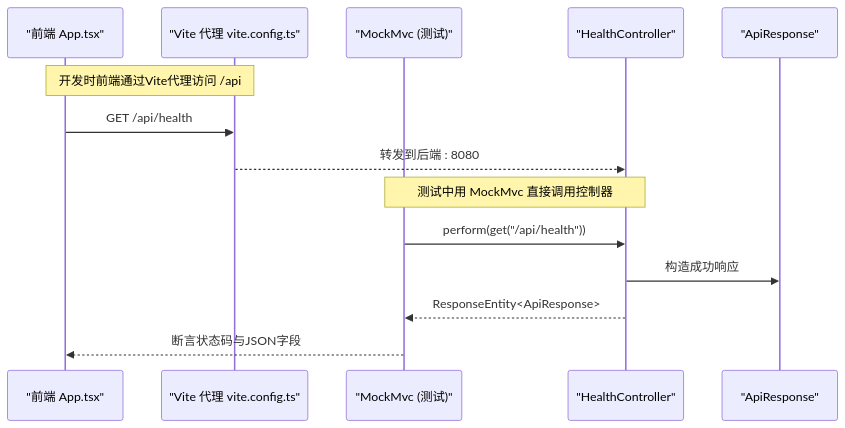
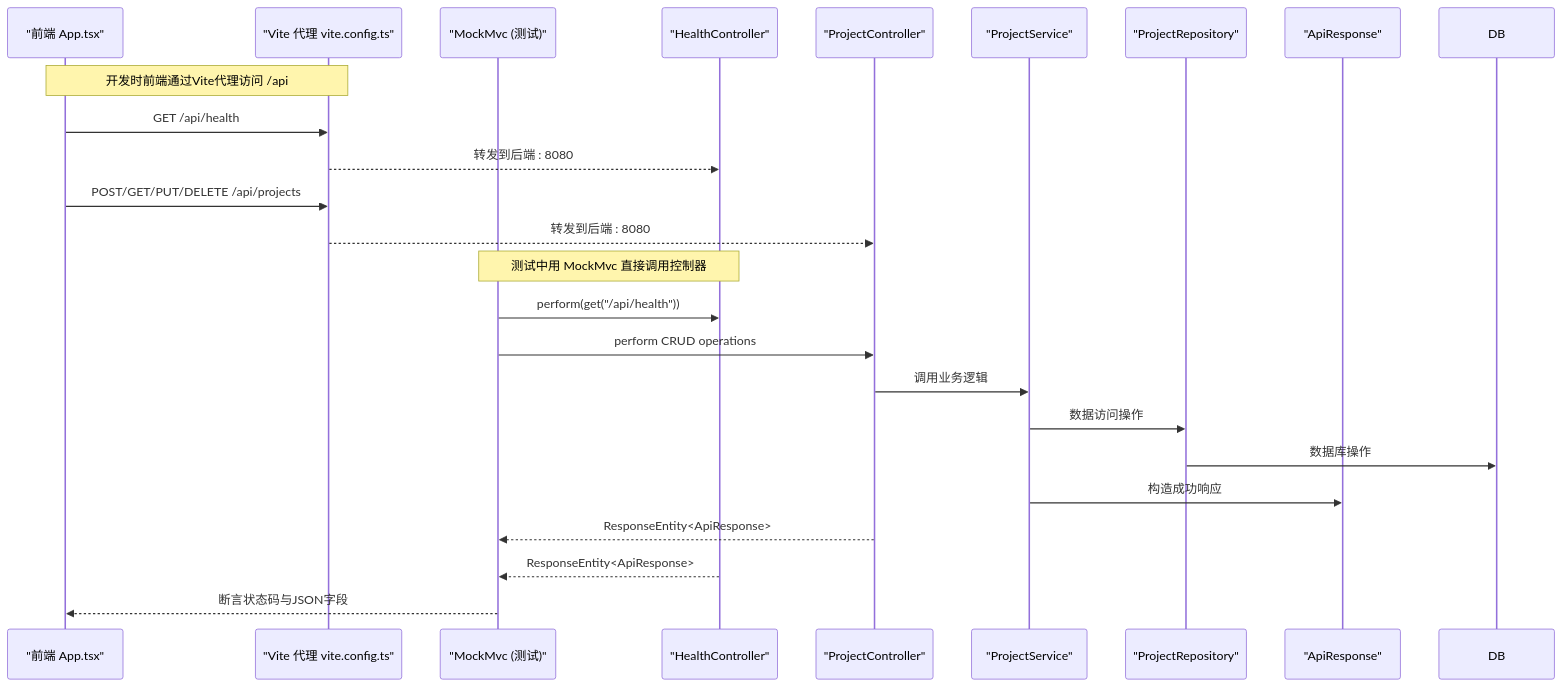
The second of 4 diagrams in .qoder/repowiki/zh/content/测试指南.md (zhou9832/test1-qoder), drawn with Mermaid before and after one commit. The commit also changed other lines of this file and 48 other files, not shown here.

````diff
--- a/.qoder/repowiki/zh/content/测试指南.md
+++ b/.qoder/repowiki/zh/content/测试指南.md
@@ -83,16 +123,26 @@
 ```mermaid
 sequenceDiagram
 participant FE as "前端 App.tsx"
 participant Vite as "Vite 代理 vite.config.ts"
 participant MC as "MockMvc (测试)"
 participant HC as "HealthController"
+participant PC as "ProjectController"
+participant PS as "ProjectService"
+participant PR as "ProjectRepository"
 participant AR as "ApiResponse"
 Note over FE,Vite : 开发时前端通过Vite代理访问 /api
 FE->>Vite : GET /api/health
 Vite-->>HC : 转发到后端 : 8080
+FE->>Vite : POST/GET/PUT/DELETE /api/projects
+Vite-->>PC : 转发到后端 : 8080
 Note over MC,HC : 测试中用 MockMvc 直接调用控制器
 MC->>HC : perform(get("/api/health"))
-HC->>AR : 构造成功响应
+MC->>PC : perform CRUD operations
+PC->>PS : 调用业务逻辑
+PS->>PR : 数据访问操作
+PR->>DB : 数据库操作
+PS->>AR : 构造成功响应
+PC-->>MC : ResponseEntity<ApiResponse>
 HC-->>MC : ResponseEntity<ApiResponse>
 MC-->>FE : 断言状态码与JSON字段
 ```
````
